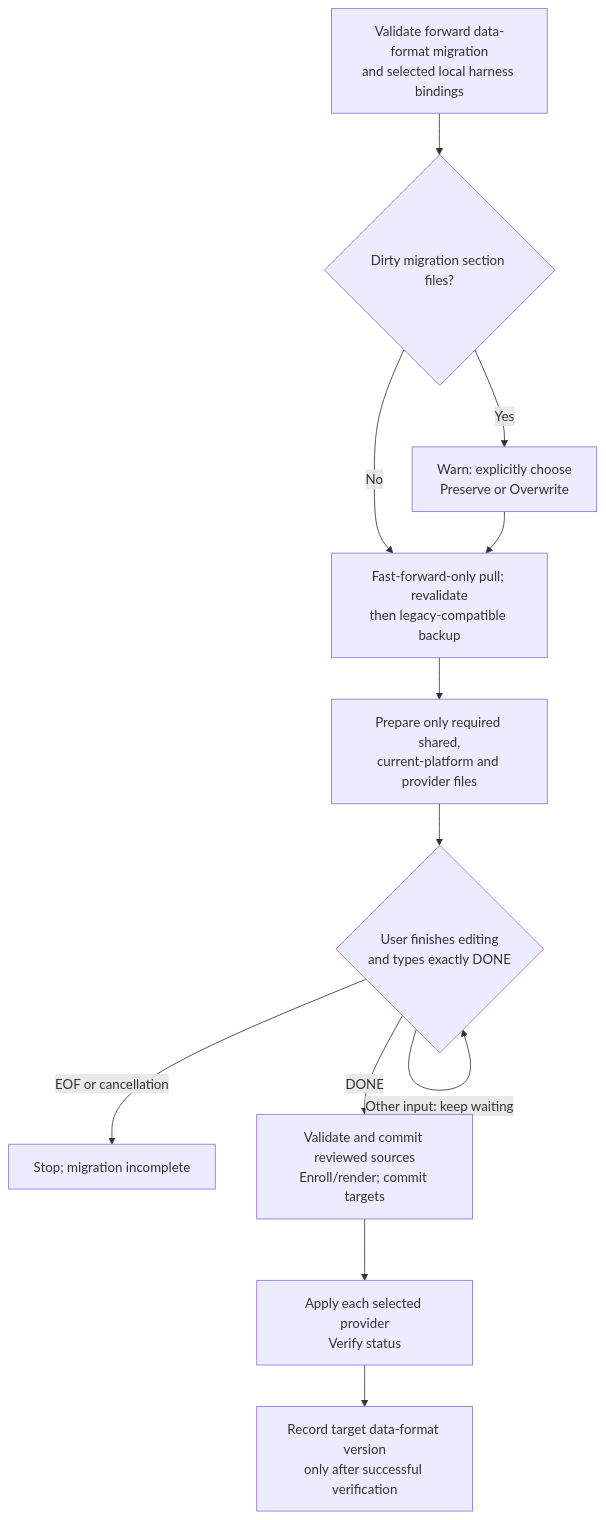
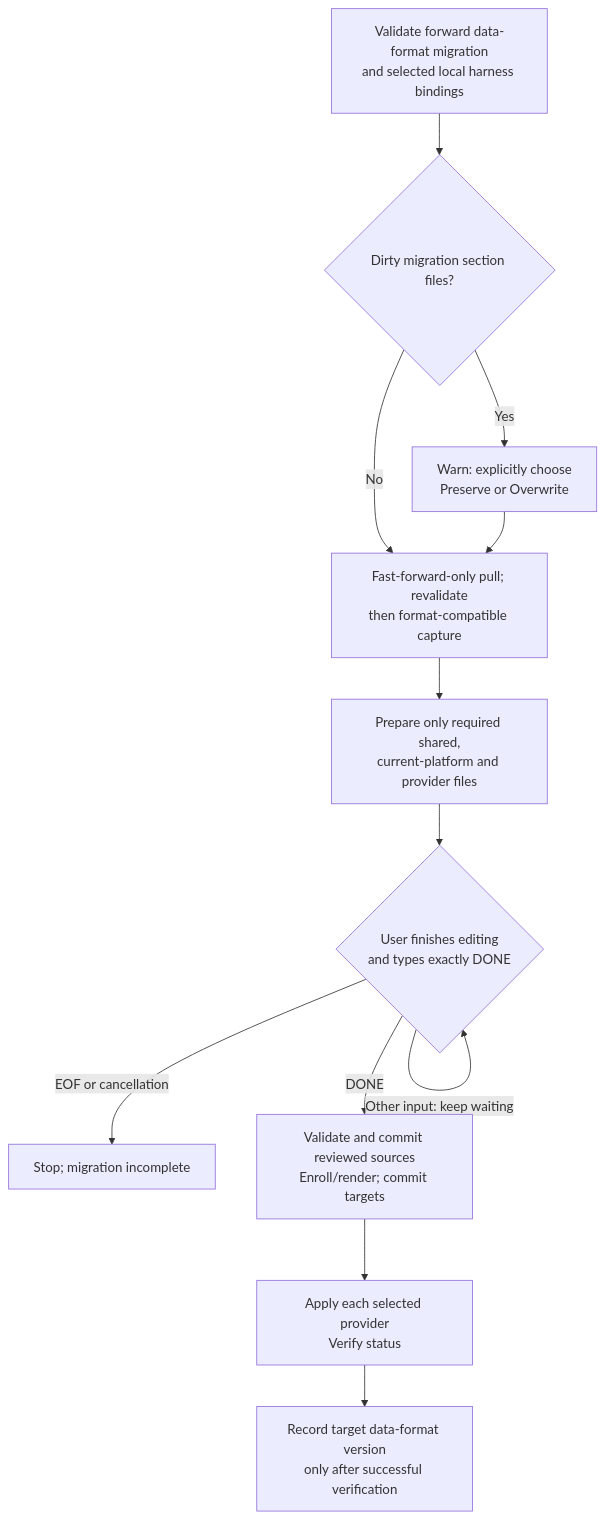
One commit to ferrywlto/ai-env-as-code changed the fifth of 15 diagrams in docs/reference.md. Above: the diagram before and after it, drawn with Mermaid. The commit also changed other lines of this file and 11 other files, not shown here.

````diff
--- a/docs/reference.md
+++ b/docs/reference.md
@@ -190,14 +190,14 @@
 ```mermaid
 flowchart TD
     Validate["Validate forward data-format migration<br/>and selected local harness bindings"] --> Dirty{"Dirty migration section files?"}
     Dirty -->|"Yes"| Choice["Warn: explicitly choose<br/>Preserve or Overwrite"]
-    Dirty -->|"No"| Pull["Fast-forward-only pull; revalidate<br/>then legacy-compatible backup"]
+    Dirty -->|"No"| Pull["Fast-forward-only pull; revalidate<br/>then format-compatible capture"]
     Choice --> Pull
     Pull --> Scaffold["Prepare only required shared,<br/>current-platform and provider files"]
     Scaffold --> Confirm{"User finishes editing<br/>and types exactly DONE"}
     Confirm -->|"Other input: keep waiting"| Confirm
     Confirm -->|"EOF or cancellation"| Stop["Stop; migration incomplete"]
     Confirm -->|"DONE"| Commit["Validate and commit reviewed sources<br/>Enroll/render; commit targets"]
     Commit --> Deploy["Apply each selected provider<br/>Verify status"]
     Deploy --> Complete["Record target data-format version<br/>only after successful verification"]
 ```
````
